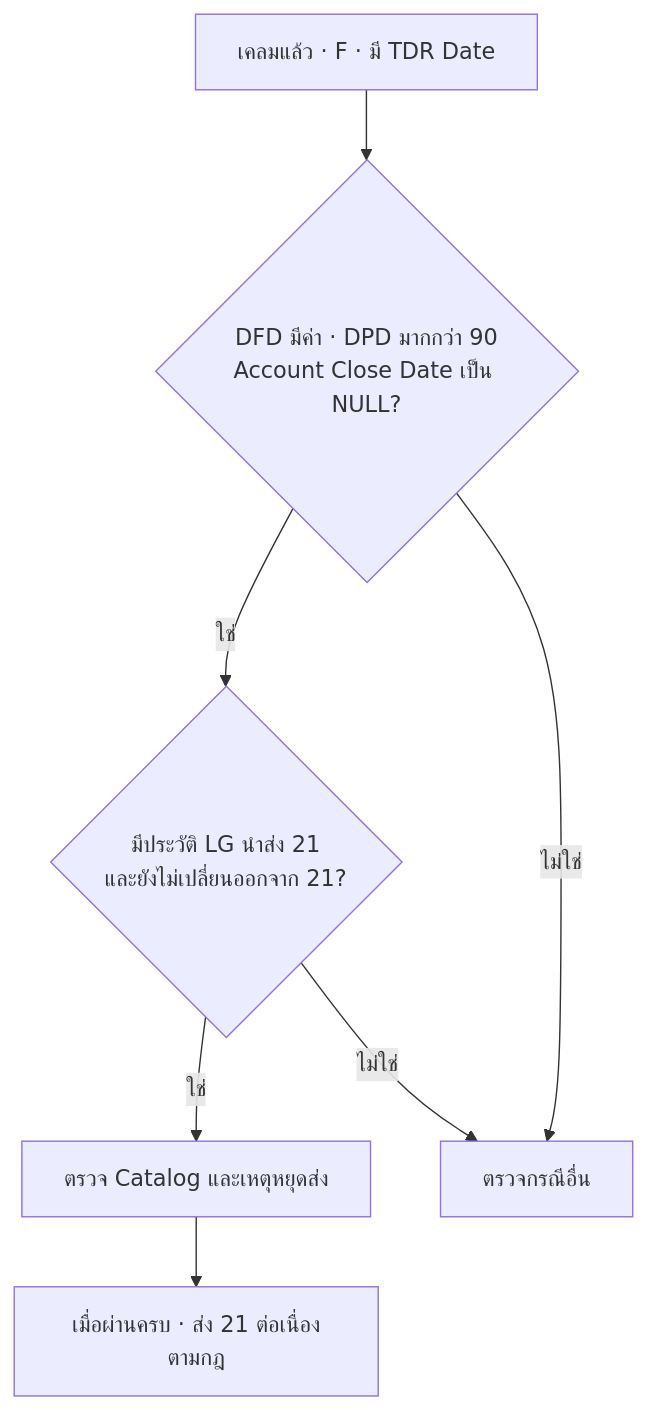
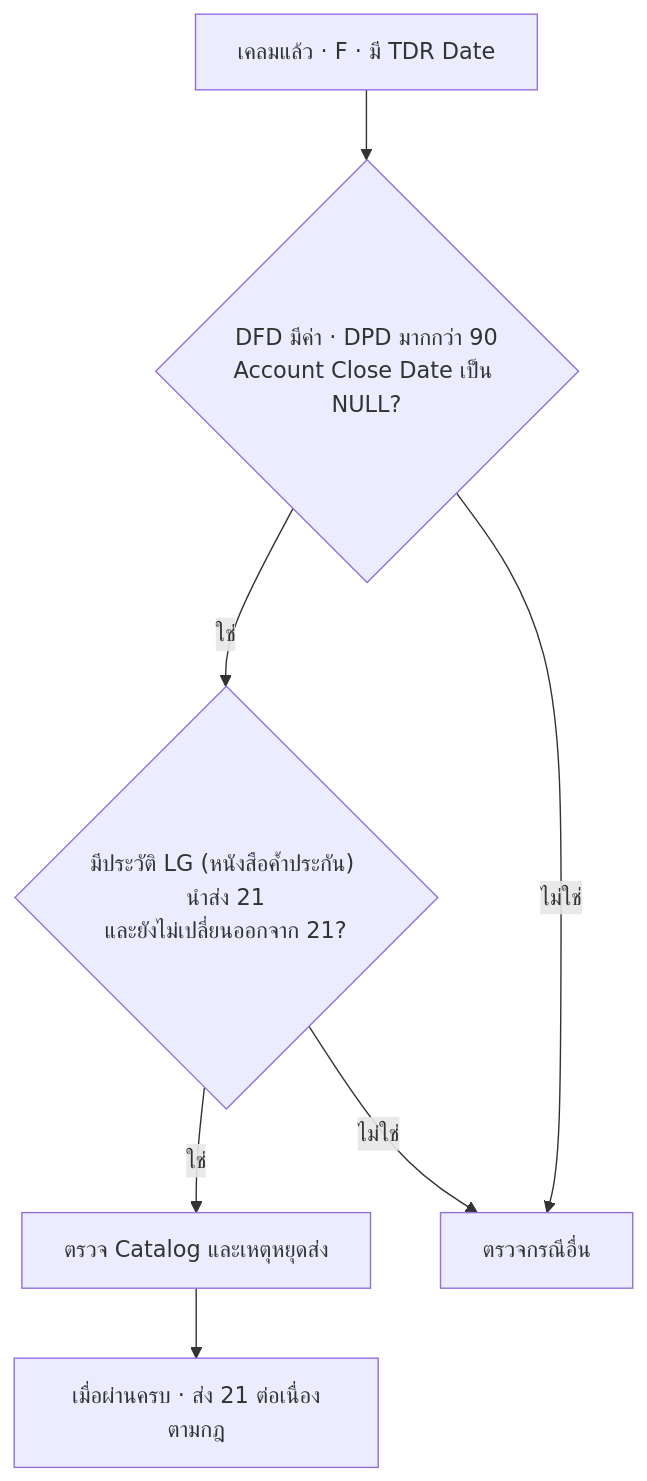
One commit to yukasung/eodncb changed the seventh of 10 diagrams in app/account-status/page.mdx. Above: the diagram before and after it, drawn with Mermaid. The commit also changed other lines of this file and 16 other files, not shown here.

````diff
--- a/app/account-status/page.mdx
+++ b/app/account-status/page.mdx
@@ -243,9 +245,9 @@
 ```mermaid
 flowchart TD
     A[เคลมแล้ว · F · มี TDR Date] --> B{DFD มีค่า · DPD มากกว่า 90<br/>Account Close Date เป็น NULL?}
-    B -->|ใช่| C{มีประวัติ LG นำส่ง 21<br/>และยังไม่เปลี่ยนออกจาก 21?}
+    B -->|ใช่| C{"มีประวัติ LG (หนังสือค้ำประกัน) นำส่ง 21<br/>และยังไม่เปลี่ยนออกจาก 21?"}
     C -->|ใช่| D[ตรวจ Catalog และเหตุหยุดส่ง]
     D --> E[เมื่อผ่านครบ · ส่ง 21 ต่อเนื่องตามกฎ]
     B -->|ไม่ใช่| X[ตรวจกรณีอื่น]
     C -->|ไม่ใช่| X
 ```
````
